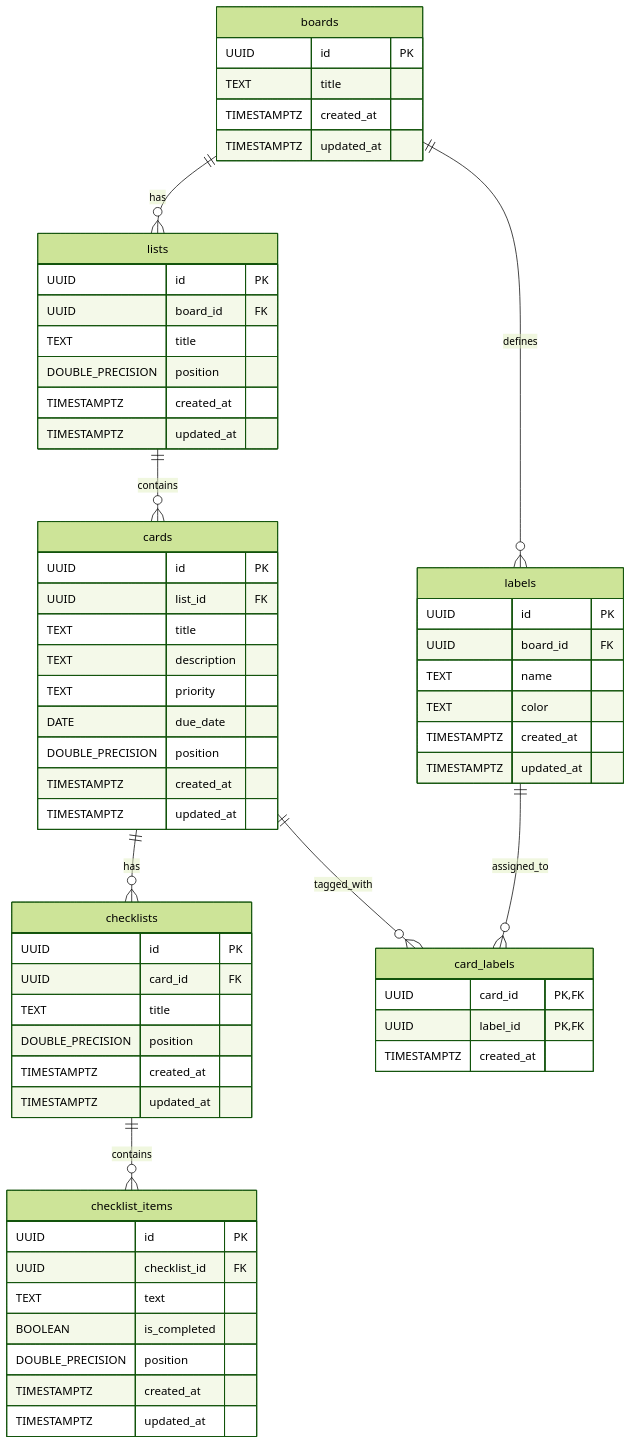
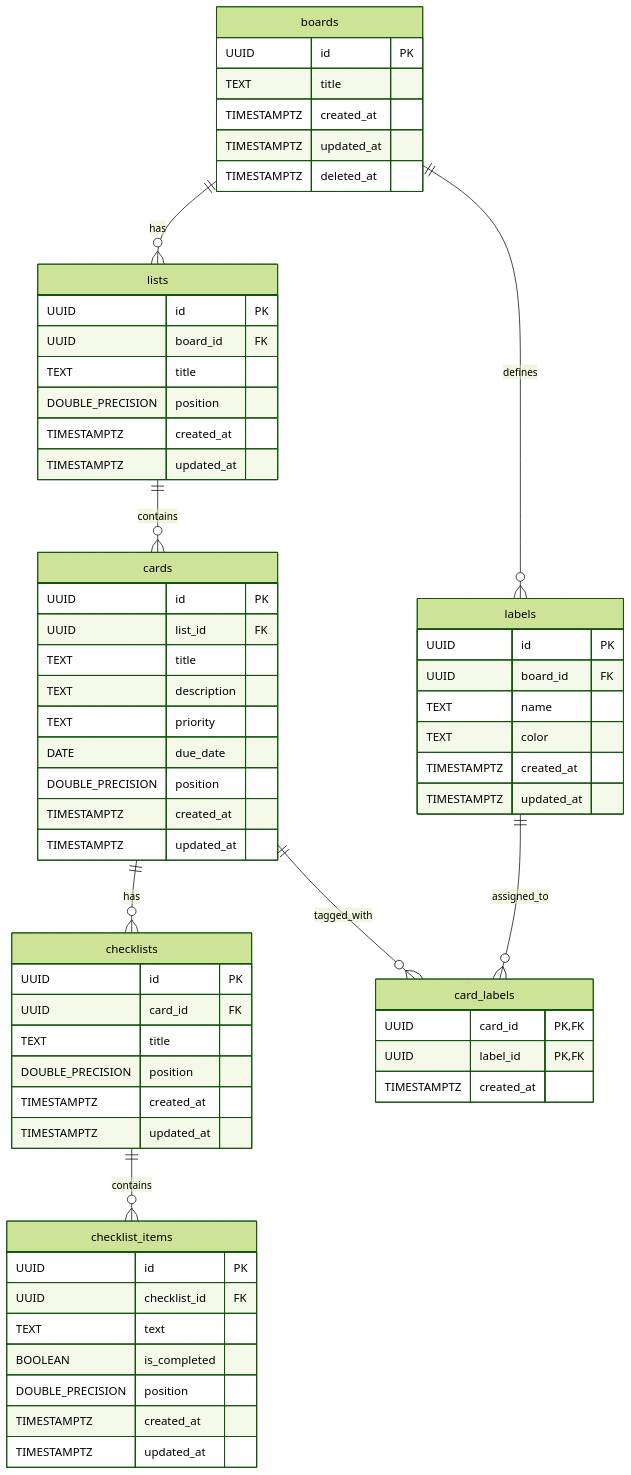
One commit to macmakobaseballer/TaskManagementForAI changed the diagram in docs/データベース設計.md. Above: the diagram before and after it, drawn with Mermaid (forest theme). The commit also changed other lines of this file and 100 other files, not shown here.

````diff
--- a/docs/データベース設計.md
+++ b/docs/データベース設計.md
@@ -27,66 +28,67 @@
 ```mermaid
 erDiagram
     boards ||--o{ lists           : "has"
     boards ||--o{ labels          : "defines"
     lists  ||--o{ cards           : "contains"
     cards  ||--o{ checklists      : "has"
     cards  ||--o{ card_labels     : "tagged_with"
     labels ||--o{ card_labels     : "assigned_to"
     checklists ||--o{ checklist_items : "contains"
 
     boards {
         UUID             id PK
         TEXT             title
         TIMESTAMPTZ      created_at
         TIMESTAMPTZ      updated_at
+        TIMESTAMPTZ      deleted_at
     }
     lists {
         UUID             id PK
         UUID             board_id FK
         TEXT             title
         DOUBLE_PRECISION position
         TIMESTAMPTZ      created_at
         TIMESTAMPTZ      updated_at
     }
     cards {
         UUID             id PK
         UUID             list_id FK
         TEXT             title
         TEXT             description
         TEXT             priority
         DATE             due_date
         DOUBLE_PRECISION position
         TIMESTAMPTZ      created_at
         TIMESTAMPTZ      updated_at
     }
     labels {
         UUID             id PK
         UUID             board_id FK
         TEXT             name
         TEXT             color
         TIMESTAMPTZ      created_at
         TIMESTAMPTZ      updated_at
     }
     card_labels {
         UUID             card_id PK,FK
         UUID             label_id PK,FK
         TIMESTAMPTZ      created_at
     }
     checklists {
         UUID             id PK
         UUID             card_id FK
         TEXT             title
         DOUBLE_PRECISION position
         TIMESTAMPTZ      created_at
         TIMESTAMPTZ      updated_at
     }
     checklist_items {
         UUID             id PK
         UUID             checklist_id FK
         TEXT             text
         BOOLEAN          is_completed
         DOUBLE_PRECISION position
         TIMESTAMPTZ      created_at
         TIMESTAMPTZ      updated_at
     }
 ```
````
